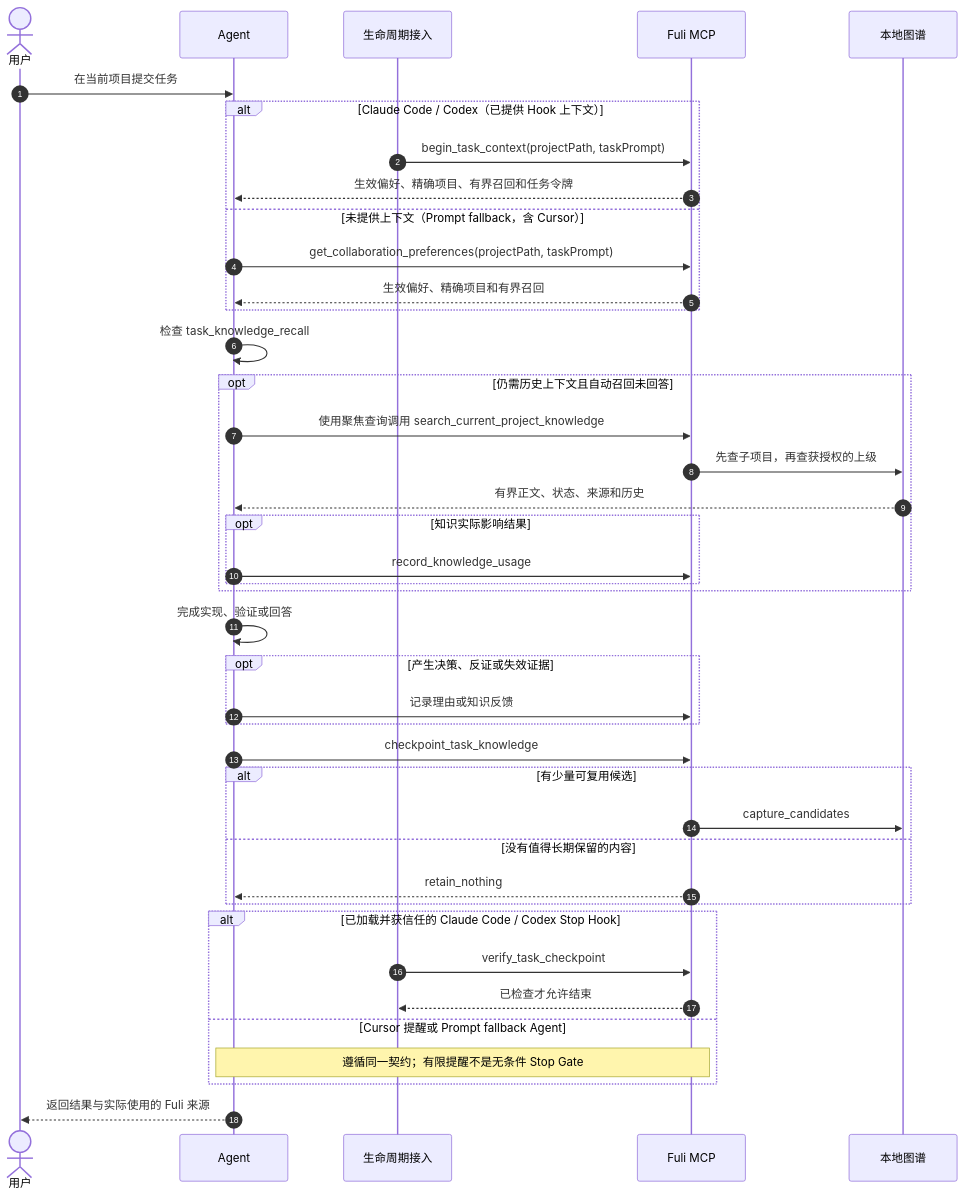
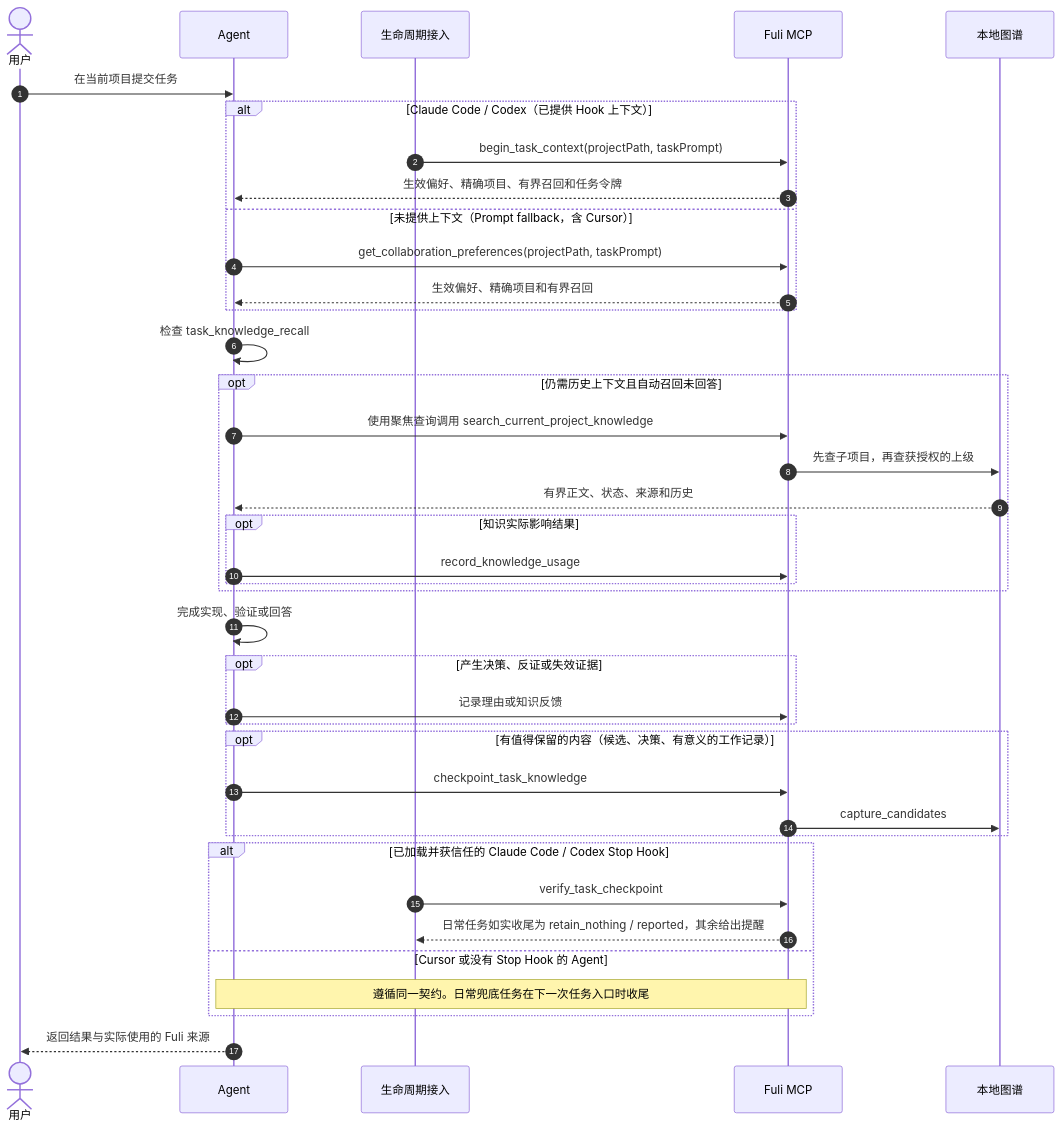
Before and after one commit to JevonsCode/fuli: the diagram in README.zh-CN.md, drawn with Mermaid. The commit also changed other lines of this file and 2 other files, not shown here.

First line of the commit message:
docs(readme): describe 0.20, fix the diagram and Chinese bold text

````diff
--- a/README.zh-CN.md
+++ b/README.zh-CN.md
@@ -305,47 +308,45 @@
 ```mermaid
 sequenceDiagram
     autonumber
     actor U as 用户
     participant A as Agent
     participant L as 生命周期接入
     participant F as Fuli MCP
     participant G as 本地图谱
 
     U->>A: 在当前项目提交任务
     alt Claude Code / Codex（已提供 Hook 上下文）
         L->>F: begin_task_context(projectPath, taskPrompt)
         F-->>A: 生效偏好、精确项目、有界召回和任务令牌
     else 未提供上下文（Prompt fallback，含 Cursor）
         A->>F: get_collaboration_preferences(projectPath, taskPrompt)
         F-->>A: 生效偏好、精确项目和有界召回
     end
 
     A->>A: 检查 task_knowledge_recall
     opt 仍需历史上下文且自动召回未回答
         A->>F: 使用聚焦查询调用 search_current_project_knowledge
         F->>G: 先查子项目，再查获授权的上级
         G-->>A: 有界正文、状态、来源和历史
         opt 知识实际影响结果
             A->>F: record_knowledge_usage
         end
     end
 
     A->>A: 完成实现、验证或回答
     opt 产生决策、反证或失效证据
         A->>F: 记录理由或知识反馈
     end
-    A->>F: checkpoint_task_knowledge
-    alt 有少量可复用候选
+    opt 有值得保留的内容（候选、决策、有意义的工作记录）
+        A->>F: checkpoint_task_knowledge
         F->>G: capture_candidates
-    else 没有值得长期保留的内容
-        F-->>A: retain_nothing
     end
 
     alt 已加载并获信任的 Claude Code / Codex Stop Hook
         L->>F: verify_task_checkpoint
-        F-->>L: 已检查才允许结束
-    else Cursor 提醒或 Prompt fallback Agent
-        Note over A,F: 遵循同一契约；有限提醒不是无条件 Stop Gate
+        F-->>L: 日常任务如实收尾为 retain_nothing / reported，其余给出提醒
+    else Cursor 或没有 Stop Hook 的 Agent
+        Note over A,F: 遵循同一契约。日常兜底任务在下一次任务入口时收尾
     end
     A-->>U: 返回结果与实际使用的 Fuli 来源
 ```
````
